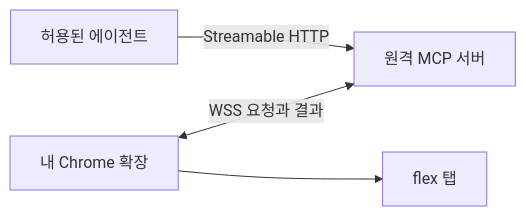
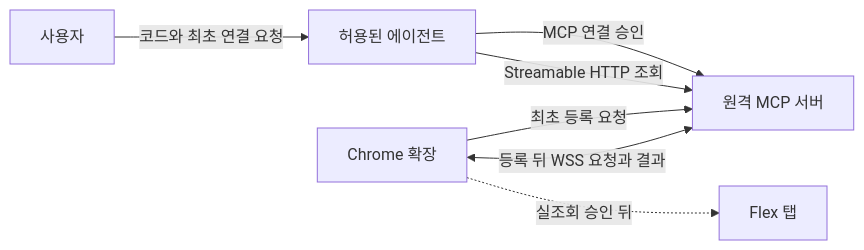
Before and after one commit to freevue/flex-mcp: the diagram in ARCHITECTURE.md, drawn with Mermaid. The commit also changed other lines of this file and 129 other files, not shown here.

````diff
--- a/ARCHITECTURE.md
+++ b/ARCHITECTURE.md
@@ -19,6 +19,9 @@
 ```mermaid
 flowchart LR
-    Agent[허용된 에이전트] -->|Streamable HTTP| Server[원격 MCP 서버]
-    Extension[내 Chrome 확장] <-->|WSS 요청과 결과| Server
-    Extension --> Flex[flex 탭]
+    User["사용자"] -->|코드와 최초 연결 요청| Agent["허용된 에이전트"]
+    Agent -->|MCP 연결 승인| Server["원격 MCP 서버"]
+    Extension["Chrome 확장"] -->|최초 등록 요청| Server
+    Agent -->|Streamable HTTP 조회| Server
+    Extension <-->|등록 뒤 WSS 요청과 결과| Server
+    Extension -.->|실조회 승인 뒤| Flex["Flex 탭"]
 ```
````
